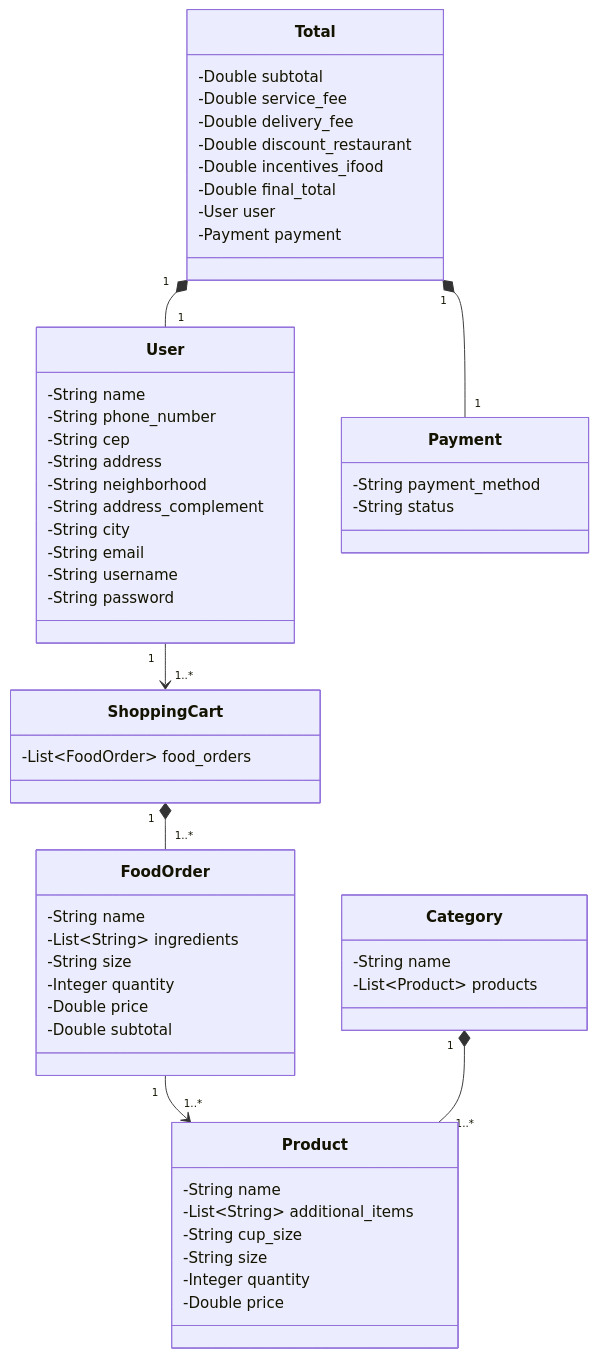
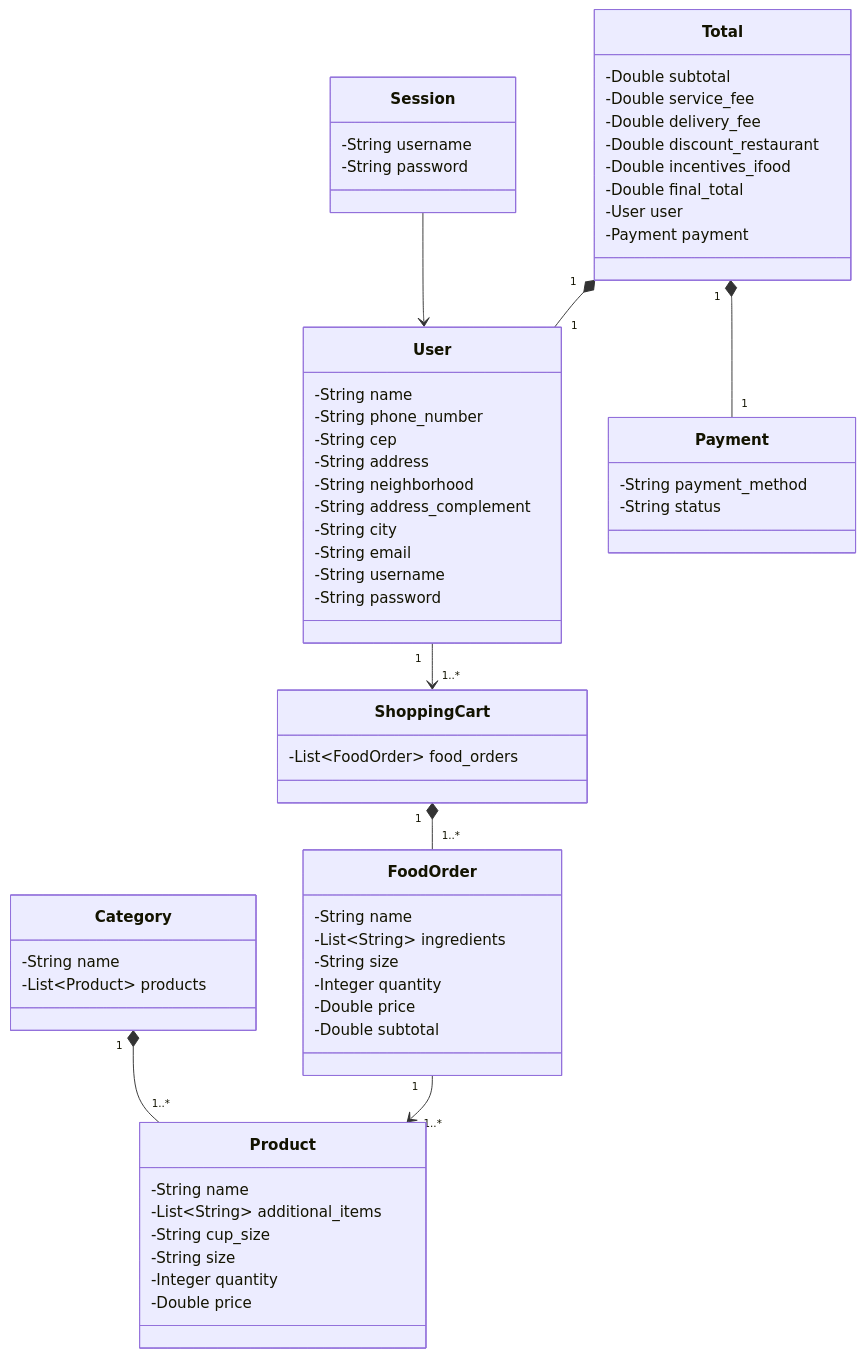
Before and after one commit to kaioabreu62/Desafio-da-DIO-Criando-API-Ifood: the diagram in README.md, drawn with Mermaid.

````diff
--- a/README.md
+++ b/README.md
@@ -5,65 +5,71 @@
 ```mermaid
 classDiagram
     class User {
         -String name
         -String phone_number
         -String cep
         -String address
         -String neighborhood
         -String address_complement
         -String city
         -String email
         -String username
         -String password
     }
 
     class Product {
         -String name
         -List~String~ additional_items
         -String cup_size
         -String size
         -Integer quantity
         -Double price
     }
     
     class ShoppingCart {
         -List~FoodOrder~ food_orders
     }
     
     class FoodOrder {
         -String name
         -List~String~ ingredients
         -String size
         -Integer quantity
         -Double price
         -Double subtotal
     }
 
     class Category {
         -String name
         -List~Product~ products
     }
     
     class Total {
         -Double subtotal
         -Double service_fee
         -Double delivery_fee
         -Double discount_restaurant
         -Double incentives_ifood
         -Double final_total
         -User user
         -Payment payment
     }
     
     class Payment {
         -String payment_method
         -String status
     }
     
+    class Session {
+        -String username
+        -String password
+    }
+    
     User "1" --> "1..*" ShoppingCart
     ShoppingCart "1" *-- "1..*" FoodOrder
     FoodOrder "1" --> "1..*" Product
     Category "1" *-- "1..*" Product
     Total "1" *-- "1" User
     Total "1" *-- "1" Payment
+    Session --> User
 ```
````
